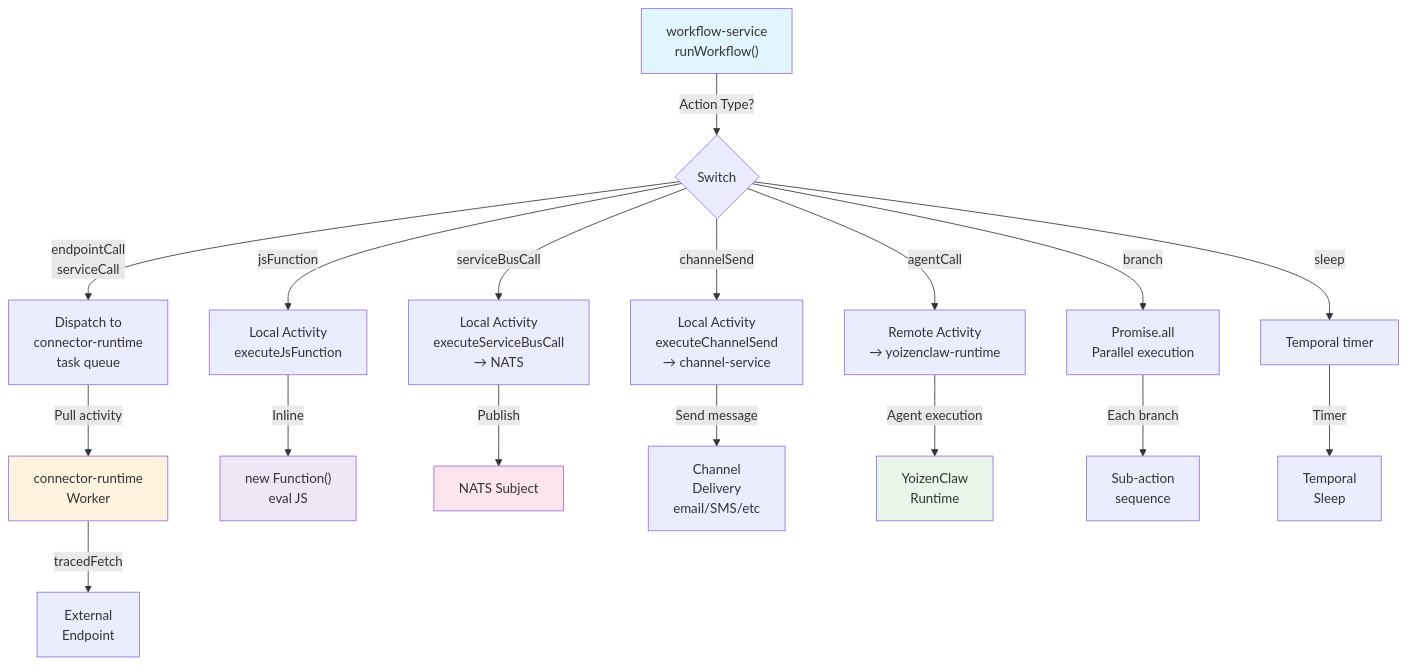
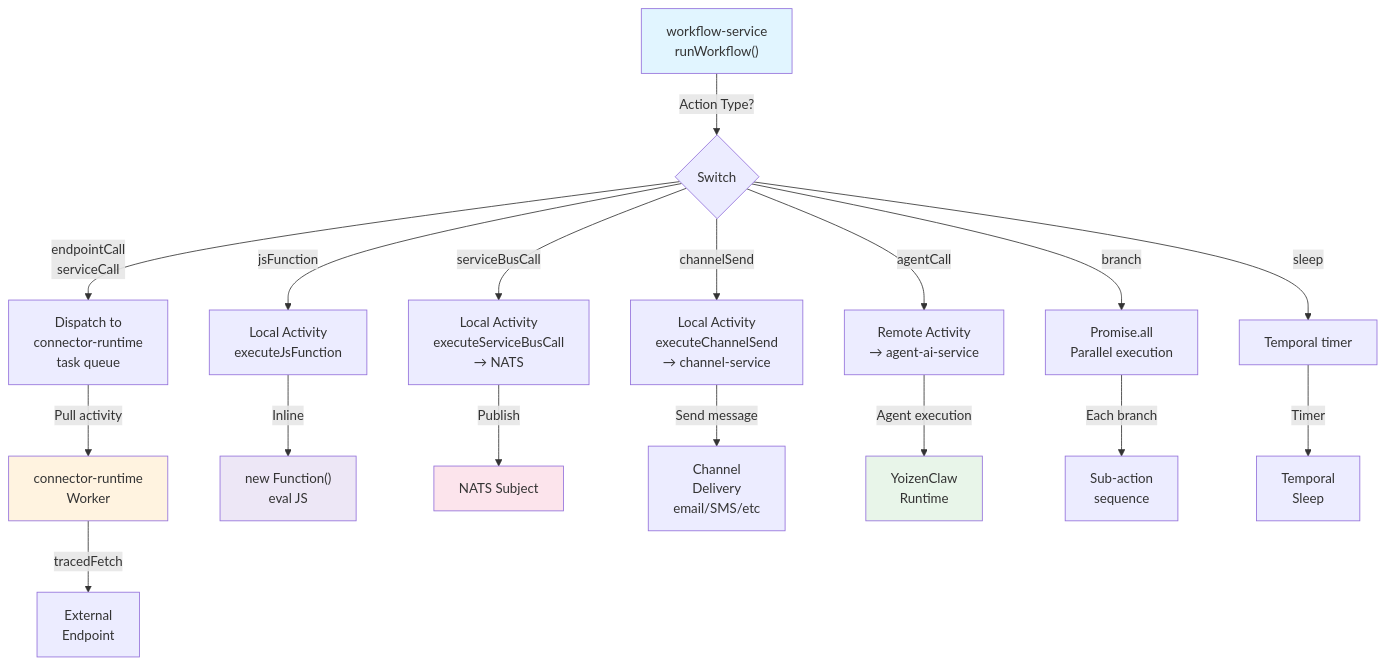
Before and after one commit to ccarnero/colloqui: the sixth of 8 diagrams in DOCS/11-SERVICE-ARCHITECTURE-DIAGRAM.md, drawn with Mermaid. The commit also changed other lines of this file and 1226 other files, not shown here.

````diff
--- a/DOCS/11-SERVICE-ARCHITECTURE-DIAGRAM.md
+++ b/DOCS/11-SERVICE-ARCHITECTURE-DIAGRAM.md
@@ -329,35 +329,35 @@
 ```mermaid
 graph TB
     WF["workflow-service<br/>runWorkflow()"]
     
     WF -->|Action Type?| SWITCH{Switch}
     
     SWITCH -->|endpointCall<br/>serviceCall| HAQ["Dispatch to<br/>connector-runtime<br/>task queue"]
     SWITCH -->|jsFunction| JS["Local Activity<br/>executeJsFunction"]
     SWITCH -->|serviceBusCall| SB["Local Activity<br/>executeServiceBusCall<br/>→ NATS"]
     SWITCH -->|channelSend| CH["Local Activity<br/>executeChannelSend<br/>→ channel-service"]
-    SWITCH -->|agentCall| AG["Remote Activity<br/>→ yoizenclaw-runtime"]
+    SWITCH -->|agentCall| AG["Remote Activity<br/>→ agent-ai-service"]
     SWITCH -->|branch| BR["Promise.all<br/>Parallel execution"]
     SWITCH -->|sleep| SLP["Temporal timer"]
     
     HAQ -->|Pull activity| HAW["connector-runtime<br/>Worker"]
     HAW -->|tracedFetch| EXT["External<br/>Endpoint"]
     
     JS -->|Inline| EXEC["new Function()<br/>eval JS"]
     
     SB -->|Publish| NATS["NATS Subject"]
     
     CH -->|Send message| CHAN["Channel<br/>Delivery<br/>email/SMS/etc"]
     
     AG -->|Agent execution| YCR["YoizenClaw<br/>Runtime"]
     
     BR -->|Each branch| SUB["Sub-action<br/>sequence"]
     
     SLP -->|Timer| TIMER["Temporal<br/>Sleep"]
     
     style WF fill:#e1f5ff
     style HAW fill:#fff3e0
     style YCR fill:#e8f5e9
     style NATS fill:#fce4ec
     style EXEC fill:#ede7f6
 ```
````
